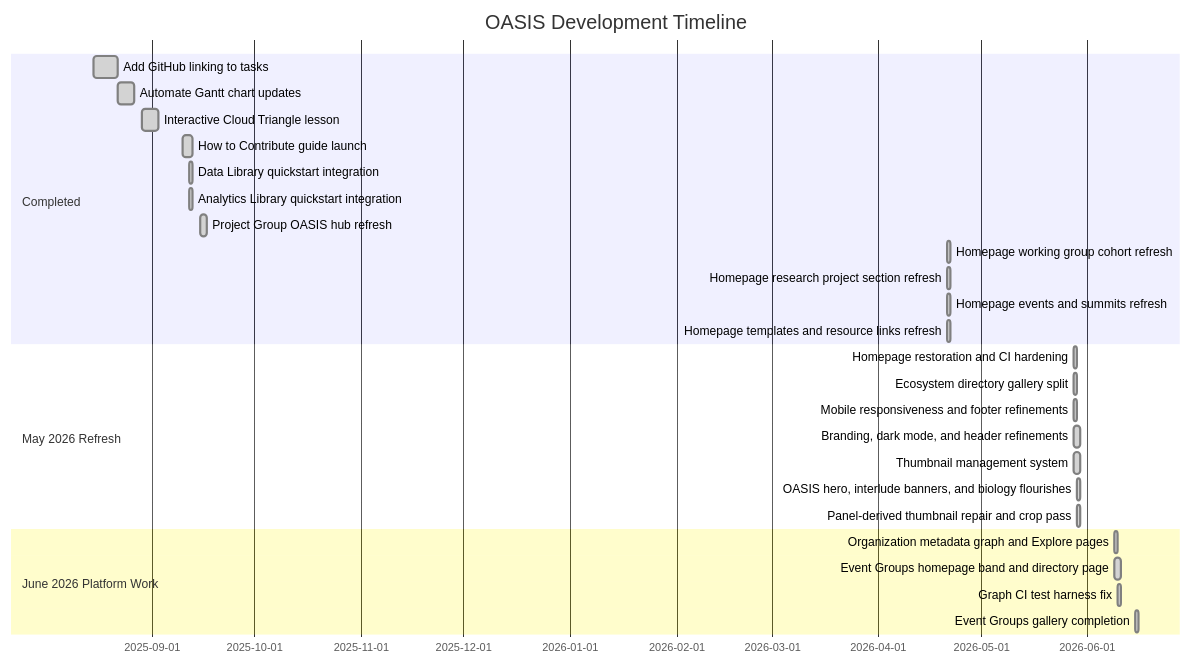
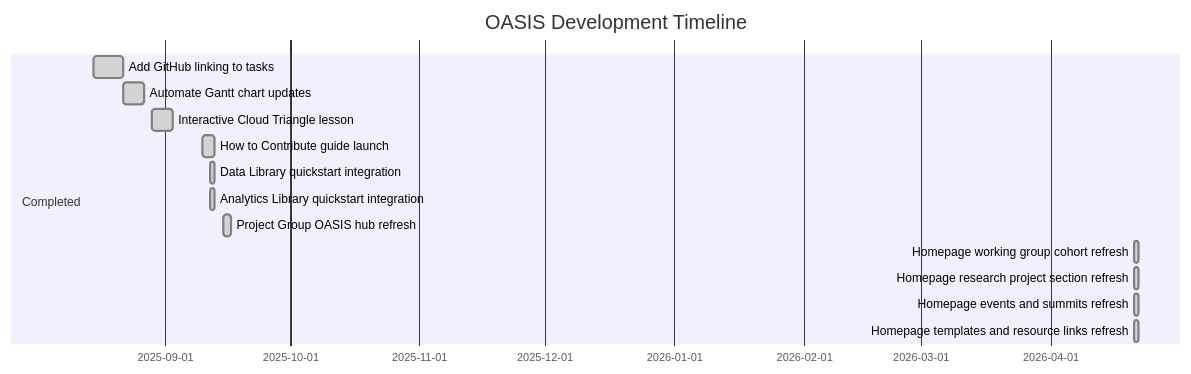
Before and after one commit to CU-ESIIL/home: the diagram in docs/dev-schedule.md, drawn with Mermaid.

Commit message:
chore: update dev schedule

````diff
--- a/docs/dev-schedule.md
+++ b/docs/dev-schedule.md
@@ -174,32 +174,19 @@
 ```mermaid
 gantt
     dateFormat  YYYY-MM-DD
     title OASIS Development Timeline
 %% gantt-start
     section Completed
     Add GitHub linking to tasks  :done, plan1, 2025-08-15, 7d
     Automate Gantt chart updates  :done, plan2, 2025-08-22, 5d
     Interactive Cloud Triangle lesson  :done, plan3, 2025-08-29, 5d
     How to Contribute guide launch  :done, plan4, 2025-09-10, 3d
     Data Library quickstart integration  :done, plan5, 2025-09-12, 1d
     Analytics Library quickstart integration  :done, plan6, 2025-09-12, 1d
     Project Group OASIS hub refresh  :done, plan7, 2025-09-15, 2d
     Homepage working group cohort refresh  :done, plan8, 2026-04-21, 1d
     Homepage research project section refresh  :done, plan9, 2026-04-21, 1d
     Homepage events and summits refresh  :done, plan10, 2026-04-21, 1d
     Homepage templates and resource links refresh  :done, plan11, 2026-04-21, 1d
-    section May 2026 Refresh
-    Homepage restoration and CI hardening :done, may1, 2026-05-28, 1d
-    Ecosystem directory gallery split :done, may2, 2026-05-28, 1d
-    Mobile responsiveness and footer refinements :done, may3, 2026-05-28, 1d
-    Branding, dark mode, and header refinements :done, may4, 2026-05-28, 2d
-    Thumbnail management system :done, may5, 2026-05-28, 2d
-    OASIS hero, interlude banners, and biology flourishes :done, may6, 2026-05-29, 1d
-    Panel-derived thumbnail repair and crop pass :done, may7, 2026-05-29, 1d
-    section June 2026 Platform Work
-    Organization metadata graph and Explore pages :done, jun1, 2026-06-09, 1d
-    Event Groups homepage band and directory page :done, jun2, 2026-06-09, 2d
-    Graph CI test harness fix :done, jun3, 2026-06-10, 1d
-    Event Groups gallery completion :done, jun4, 2026-06-15, 1d
 %% gantt-end
 ```
````
